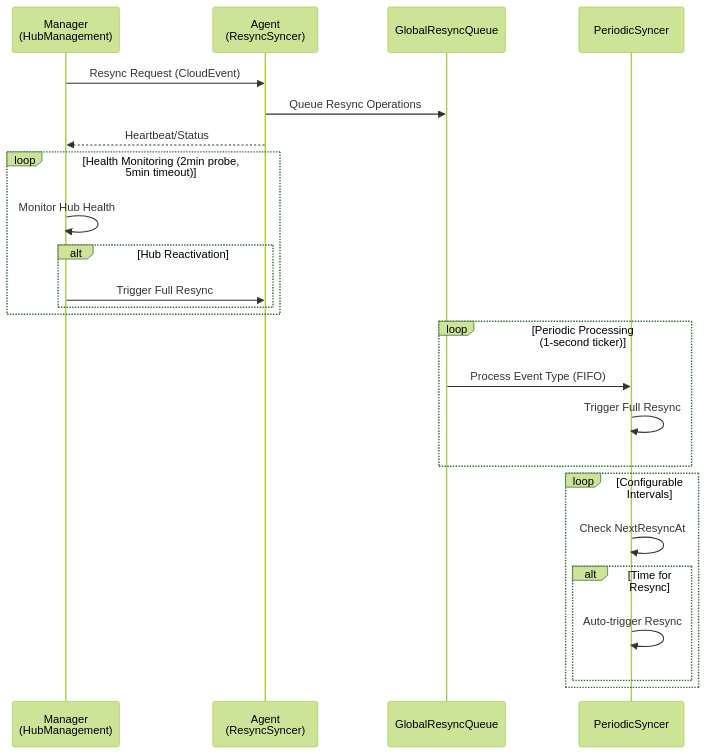
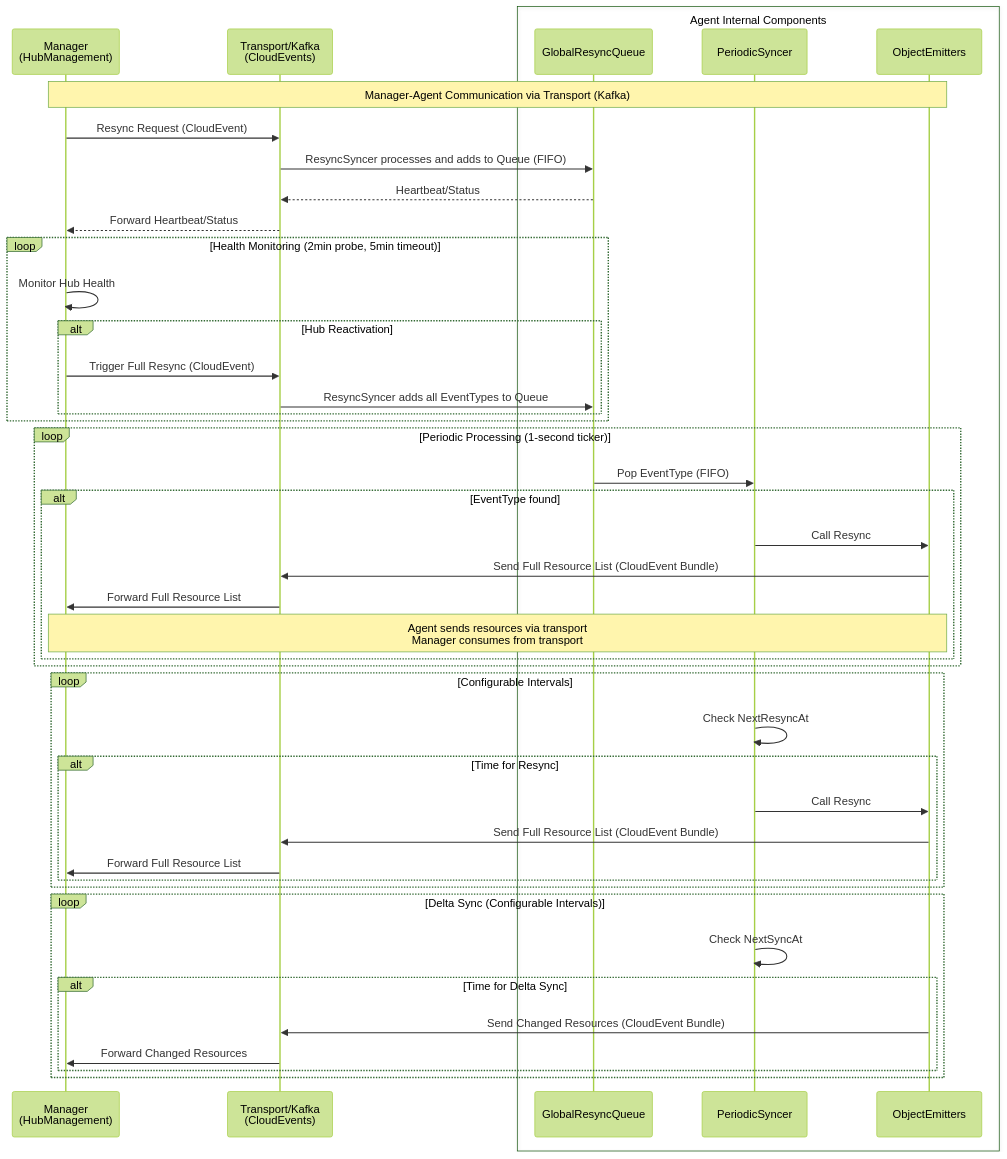
One commit to stolostron/multicluster-global-hub changed the diagram in ai-doc/resync-mechanism.md. Above: the diagram before and after it, drawn with Mermaid (forest theme). The commit also changed other lines of this file, not shown here.

Commit message:
docs: update resync mechanism architecture with transport/Kafka communication
Enhanced the resync mechanism documentation to clarify the actual architecture:

## Key Improvements:
- **Architecture Diagram**: Added Transport/Kafka as central communication layer between Manager and Agent
- **GlobalResyncQueue**: Clarified it's an internal agent component, not shared infrastructure
- **Communication Flow**: Updated to show bidirectional flow via transport/Kafka
- **Data Transmission**: Added details on how ObjectEmitters send CloudEvent bundles to manager
- **Component Organization**: Grouped agent internal components (GlobalResyncQueue, PeriodicSyncer, ObjectEmitters) in diagram box

## Technical Clarifications:
- Manager sends resync requests via transport/Kafka to agent
- Agent processes requests internally through GlobalResyncQueue (FIFO)
- Agent sends full resource lists back to manager via transport/Kafka
- Manager consumes resource data from transport for database updates

This update provides a more accurate representation of the distributed architecture and communication patterns.

````diff
--- a/ai-doc/resync-mechanism.md
+++ b/ai-doc/resync-mechanism.md
@@ -119,30 +129,53 @@
 ```mermaid
 sequenceDiagram
     participant Manager as Manager<br/>(HubManagement)
-    participant Agent as Agent<br/>(ResyncSyncer)
-    participant Queue as GlobalResyncQueue
-    participant Periodic as PeriodicSyncer
+    participant Transport as Transport/Kafka<br/>(CloudEvents)
 
-    Manager->>Agent: Resync Request (CloudEvent)
-    Agent->>Queue: Queue Resync Operations
-    Agent-->>Manager: Heartbeat/Status
+    box Agent Internal Components
+        participant Queue as GlobalResyncQueue
+        participant Periodic as PeriodicSyncer
+        participant Emitters as ObjectEmitters
+    end
+
+    Note over Manager, Emitters: Manager-Agent Communication via Transport (Kafka)
+
+    Manager->>Transport: Resync Request (CloudEvent)
+    Transport->>Queue: ResyncSyncer processes and adds to Queue (FIFO)
+    Queue-->>Transport: Heartbeat/Status
+    Transport-->>Manager: Forward Heartbeat/Status
 
     loop Health Monitoring (2min probe, 5min timeout)
         Manager->>Manager: Monitor Hub Health
         alt Hub Reactivation
-            Manager->>Agent: Trigger Full Resync
+            Manager->>Transport: Trigger Full Resync (CloudEvent)
+            Transport->>Queue: ResyncSyncer adds all EventTypes to Queue
         end
     end
 
     loop Periodic Processing (1-second ticker)
-        Queue->>Periodic: Process Event Type (FIFO)
-        Periodic->>Periodic: Trigger Full Resync
+        Queue->>Periodic: Pop EventType (FIFO)
+        alt EventType found
+            Periodic->>Emitters: Call Resync
+            Emitters->>Transport: Send Full Resource List (CloudEvent Bundle)
+            Transport->>Manager: Forward Full Resource List
+            Note over Emitters, Manager: Agent sends resources via transport<br/>Manager consumes from transport
+        end
     end
 
     loop Configurable Intervals
         Periodic->>Periodic: Check NextResyncAt
         alt Time for Resync
-            Periodic->>Periodic: Auto-trigger Resync
+            Periodic->>Emitters: Call Resync
+            Emitters->>Transport: Send Full Resource List (CloudEvent Bundle)
+            Transport->>Manager: Forward Full Resource List
+        end
+    end
+
+    loop Delta Sync (Configurable Intervals)
+        Periodic->>Periodic: Check NextSyncAt
+        alt Time for Delta Sync
+            Emitters->>Transport: Send Changed Resources (CloudEvent Bundle)
+            Transport->>Manager: Forward Changed Resources
         end
     end
 ```
````
